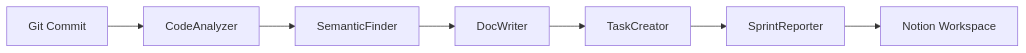
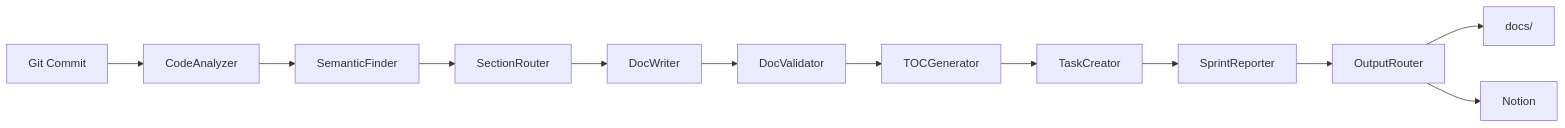
The first of 2 diagrams in README.md (sarupurisailalith/codebase-cortex), drawn with Mermaid before and after one commit. The commit also changed other lines of this file and 8 other files, not shown here.

````diff
--- a/README.md
+++ b/README.md
@@ -7,9 +7,14 @@
 ```mermaid
 graph LR
     A[Git Commit] --> B[CodeAnalyzer]
     B --> C[SemanticFinder]
-    C --> D[DocWriter]
-    D --> E[TaskCreator]
-    E --> F[SprintReporter]
-    F --> G[Notion Workspace]
+    C --> D[SectionRouter]
+    D --> E[DocWriter]
+    E --> F[DocValidator]
+    F --> G[TOCGenerator]
+    G --> H[TaskCreator]
+    H --> I[SprintReporter]
+    I --> J[OutputRouter]
+    J --> K[docs/]
+    J --> L[Notion]
 ```
````
